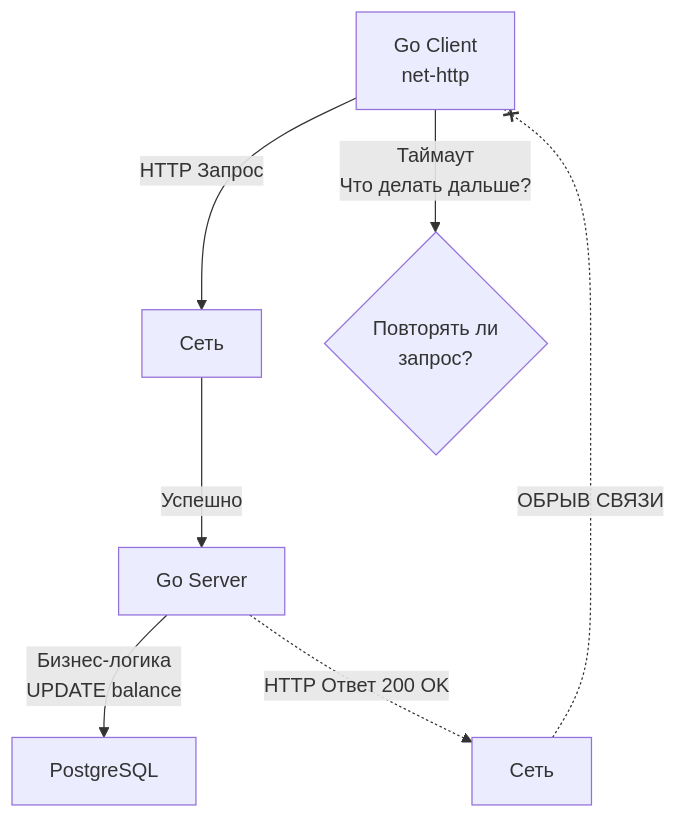
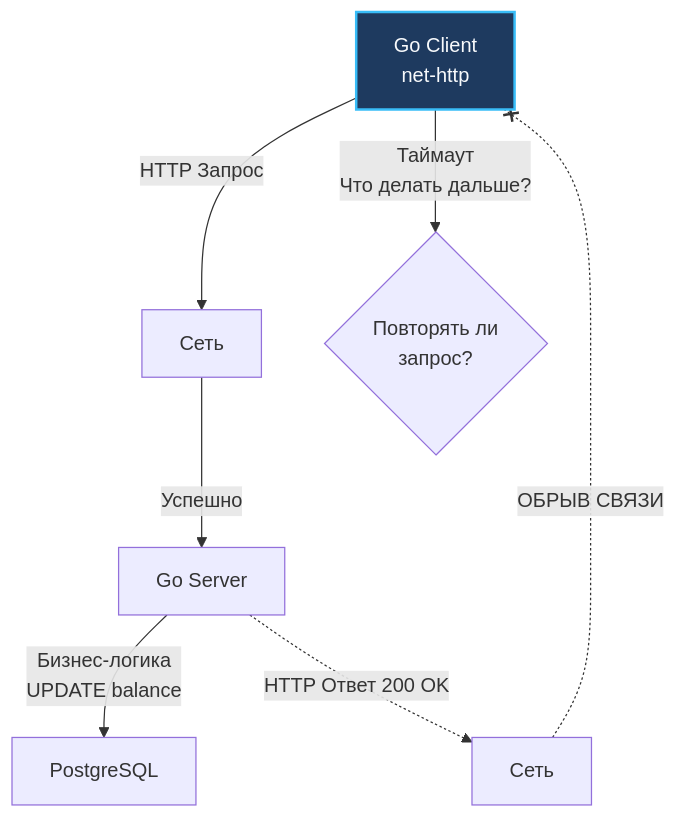
The diagram in sources/10. Проектирование API и Сетевые протоколы/5. HTTP методы и идемпотентность.md (UnrealTemplier/go-textbook), drawn with Mermaid before and after one commit. The commit also changed 1666 other files, not shown here.

First line of the commit message:
feat(mermaid): add semantic color classDef to 1369 colorless flowchart/graph diagrams

````diff
--- a/sources/10. Проектирование API и Сетевые протоколы/5. HTTP методы и идемпотентность.md
+++ b/sources/10. Проектирование API и Сетевые протоколы/5. HTTP методы и идемпотентность.md
@@ -36,9 +36,19 @@
 ```mermaid
 flowchart TD
-    Client["Go Client<br>net-http"] -->|"HTTP Запрос"| Network1["Сеть"]
+    classDef process  fill:#1e293b,stroke:#38bdf8,stroke-width:1px,color:#f8fafc
+    classDef success  fill:#064e3b,stroke:#34d399,stroke-width:1px,color:#f8fafc
+    classDef error    fill:#7f1d1d,stroke:#f87171,stroke-width:1px,color:#f8fafc
+    classDef warning  fill:#78350f,stroke:#fbbf24,stroke-width:1px,color:#f8fafc
+    classDef entry    fill:#1e3a5f,stroke:#38bdf8,stroke-width:2px,color:#f8fafc
+    classDef aux      fill:#334155,stroke:#64748b,stroke-width:1px,color:#f8fafc
+    classDef system   fill:#312e81,stroke:#a78bfa,stroke-width:1px,color:#f8fafc
+    classDef data     fill:#132d29,stroke:#2dd4bf,stroke-width:1px,color:#f8fafc
+    classDef network  fill:#881337,stroke:#fb7185,stroke-width:1px,color:#f8fafc
+    classDef accent   fill:#1e1b4b,stroke:#818cf8,stroke-width:1px,color:#f8fafc
+    Client["Go Client<br>net-http"]:::entry -->|"HTTP Запрос"| Network1["Сеть"]
     Network1 -->|"Успешно"| Server["Go Server"]
     Server -->|"Бизнес-логика<br>UPDATE balance"| DB["PostgreSQL"]
     Server -.->|"HTTP Ответ 200 OK"| Network2["Сеть"]
     Network2 -.-x|"ОБРЫВ СВЯЗИ"| Client
     Client -->|"Таймаут<br>Что делать дальше?"| Question{"Повторять ли<br>запрос?"}
 ```
````
